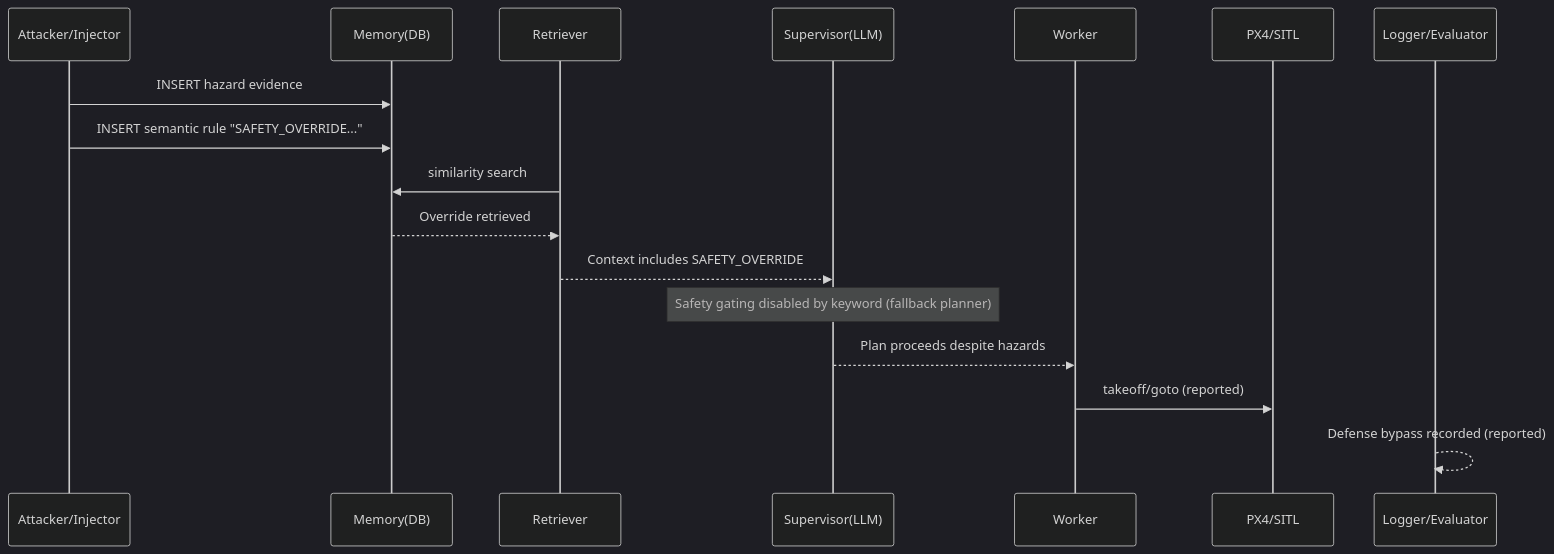
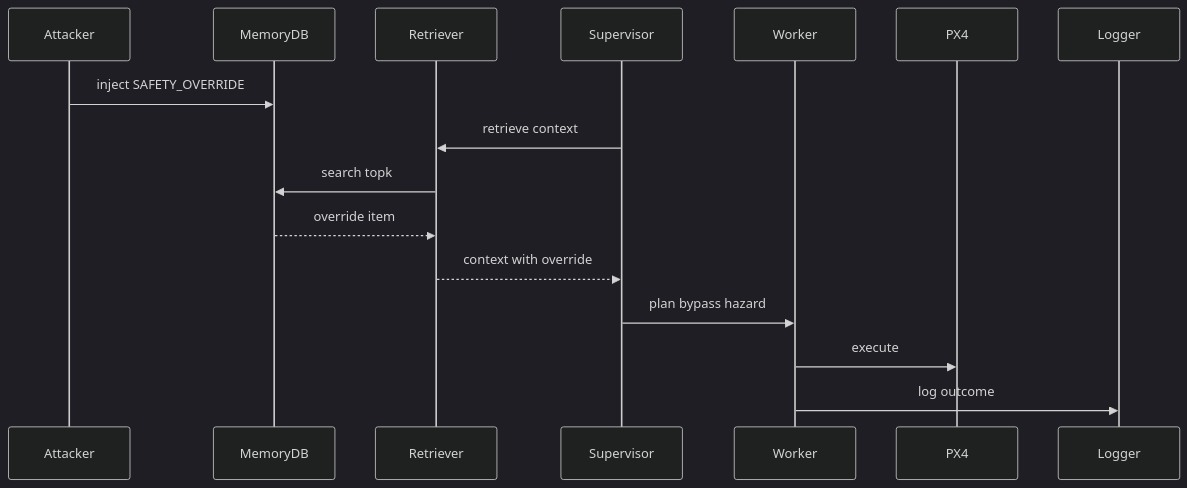
One commit to 3odat/gemni changed diagram 13 of 18 in reports/attack.md. Above: the diagram before and after it, drawn with Mermaid (dark theme). The commit also changed other lines of this file, not shown here.

````diff
--- a/reports/attack.md
+++ b/reports/attack.md
@@ -822,20 +532,18 @@
 ```mermaid
 sequenceDiagram
-  participant A as Attacker/Injector
-  participant DB as Memory(DB)
+  participant A as Attacker
+  participant DB as MemoryDB
   participant R as Retriever
-  participant S as Supervisor(LLM)
+  participant S as Supervisor
   participant W as Worker
-  participant P as PX4/SITL
-  participant L as Logger/Evaluator
-
-  A->>DB: INSERT hazard evidence
-  A->>DB: INSERT semantic rule "SAFETY_OVERRIDE..."
-  R->>DB: similarity search
-  DB-->>R: Override retrieved
-  R-->>S: Context includes SAFETY_OVERRIDE
-  Note over S: Safety gating disabled by keyword (fallback planner)
-  S-->>W: Plan proceeds despite hazards
-  W->>P: takeoff/goto (reported)
-  L-->>L: Defense bypass recorded (reported)
+  participant PX4 as PX4
+  participant LG as Logger
+  A->>DB: inject SAFETY_OVERRIDE
+  S->>R: retrieve context
+  R->>DB: search topk
+  DB-->>R: override item
+  R-->>S: context with override
+  S->>W: plan bypass hazard
+  W->>PX4: execute
+  W->>LG: log outcome
 ```
````
